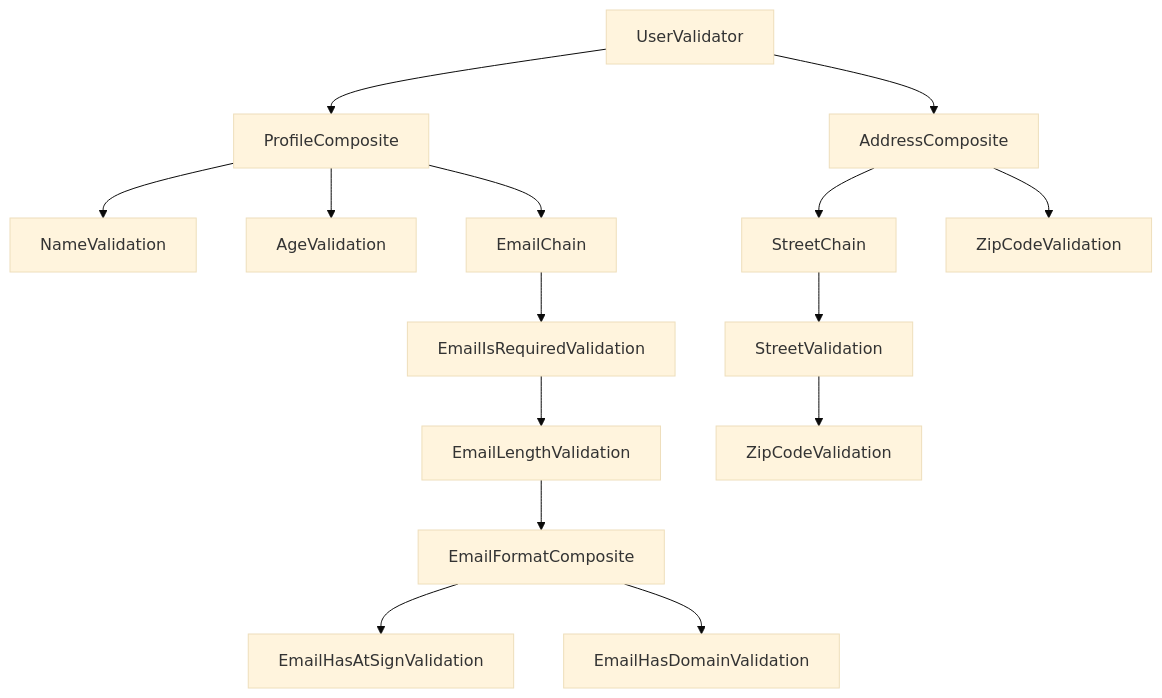
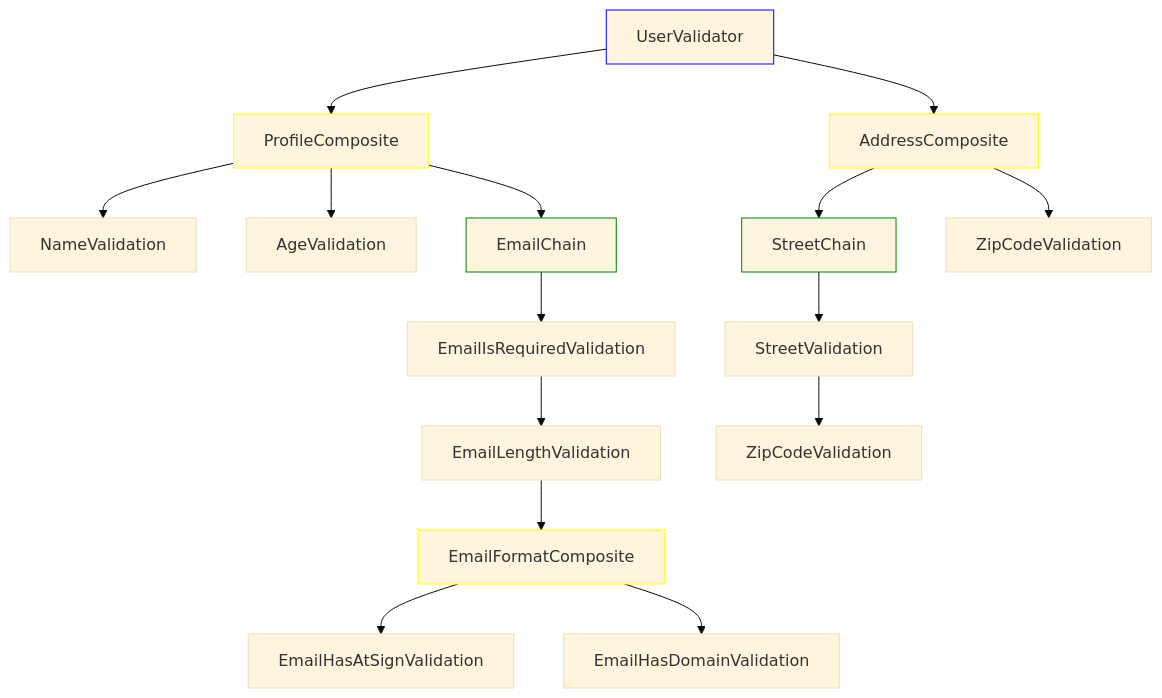
Before and after one commit to Jesinski/json-data-validator: the diagram in README.md, drawn with Mermaid (base theme).

Commit message:
update mermaid that so cool

````diff
--- a/README.md
+++ b/README.md
@@ -1,28 +1,39 @@
 ```mermaid
 graph TD
 %% Main Validator
 UserValidator --> ProfileComposite
 UserValidator --> AddressComposite
 
 %% Profile Composite
 ProfileComposite --> NameValidation
 ProfileComposite --> AgeValidation
 ProfileComposite --> EmailChain
 
 %% Email Chain
 EmailChain --> EmailIsRequiredValidation
 EmailIsRequiredValidation --> EmailLengthValidation
 EmailLengthValidation --> EmailFormatComposite
 
 %% Email Format Composite
 EmailFormatComposite --> EmailHasAtSignValidation
 EmailFormatComposite --> EmailHasDomainValidation
 
 %% Address Composite
 AddressComposite --> StreetChain
 AddressComposite --> ZipCodeValidation[ZipCodeValidation]
 
 %% Street Chain
 StreetChain --> StreetValidation
 StreetValidation --> ZipCodeValidation2[ZipCodeValidation]
+
+classDef composite stroke:yellow
+classDef chain stroke:green
+classDef validator stroke:blue
+
+class UserValidator validator
+class ProfileComposite composite
+class AddressComposite composite
+class EmailChain chain
+class EmailFormatComposite composite
+class StreetChain chain
 ```
````
